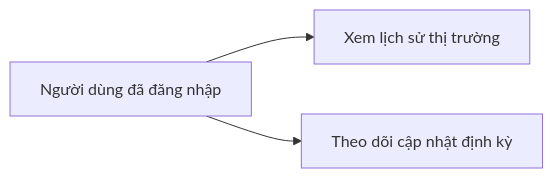
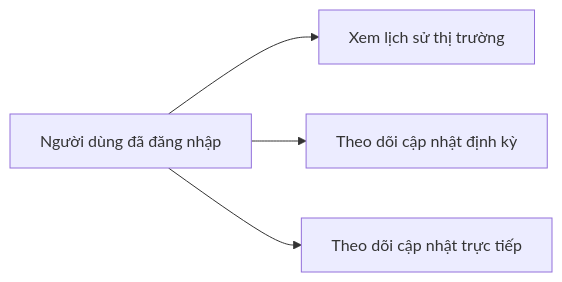
Before and after one commit to BuhDuy256/crypto-force: the first of 5 diagrams in docs/UCs/market-data.md, drawn with Mermaid. The commit also changed other lines of this file and 9 other files, not shown here.

````diff
--- a/docs/UCs/market-data.md
+++ b/docs/UCs/market-data.md
@@ -15,5 +15,6 @@
 ```mermaid
 flowchart LR
     U[Người dùng đã đăng nhập] --> V[Xem lịch sử thị trường]
     U --> P[Theo dõi cập nhật định kỳ]
+    U --> L[Theo dõi cập nhật trực tiếp]
 ```
````
